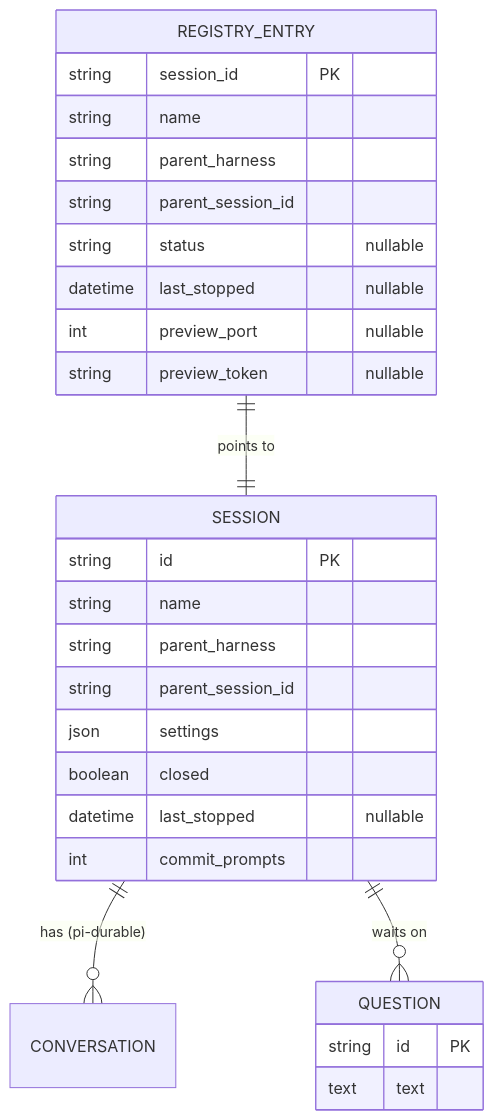
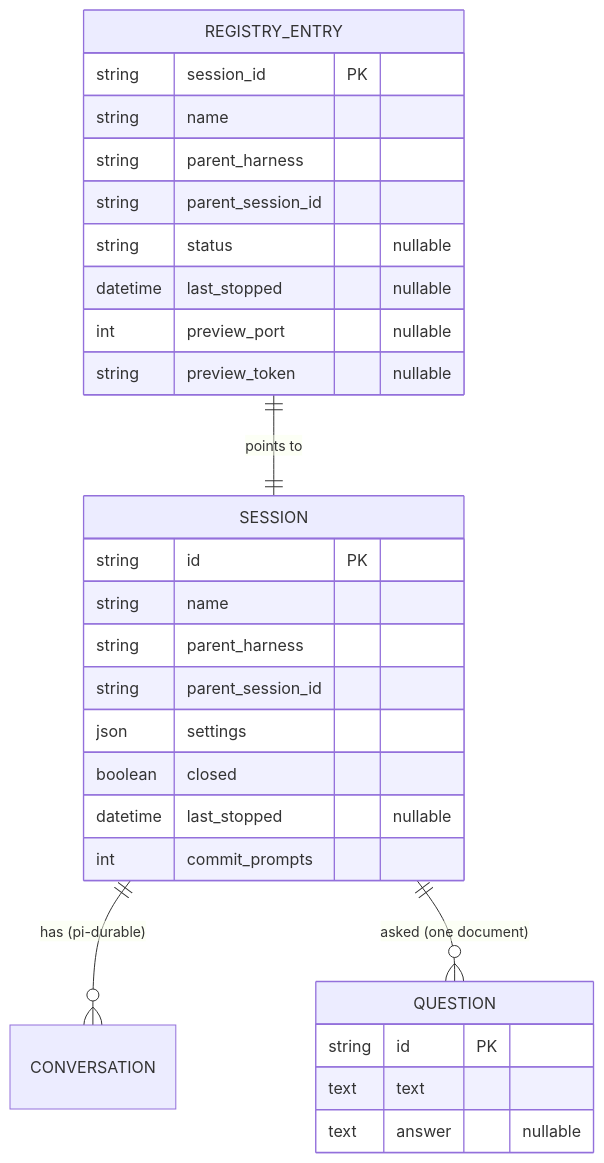
Before and after one commit to asermax/tentacles: the first of 3 diagrams in docs/technical-design/sessions.md, drawn with Mermaid. The commit also changed other lines of this file and 5 other files, not shown here.

````diff
--- a/docs/technical-design/sessions.md
+++ b/docs/technical-design/sessions.md
@@ -15,30 +15,31 @@
 ```mermaid
 erDiagram
     REGISTRY_ENTRY ||--|| SESSION : "points to"
     SESSION ||--o{ CONVERSATION : "has (pi-durable)"
-    SESSION ||--o{ QUESTION : "waits on"
+    SESSION ||--o{ QUESTION : "asked (one document)"
     REGISTRY_ENTRY {
         string session_id PK
         string name
         string parent_harness
         string parent_session_id
         string status "nullable"
         datetime last_stopped "nullable"
         int preview_port "nullable"
         string preview_token "nullable"
     }
     SESSION {
         string id PK
         string name
         string parent_harness
         string parent_session_id
         json settings
         boolean closed
         datetime last_stopped "nullable"
         int commit_prompts
     }
     QUESTION {
         string id PK
         text text
+        text answer "nullable"
     }
 ```
````
